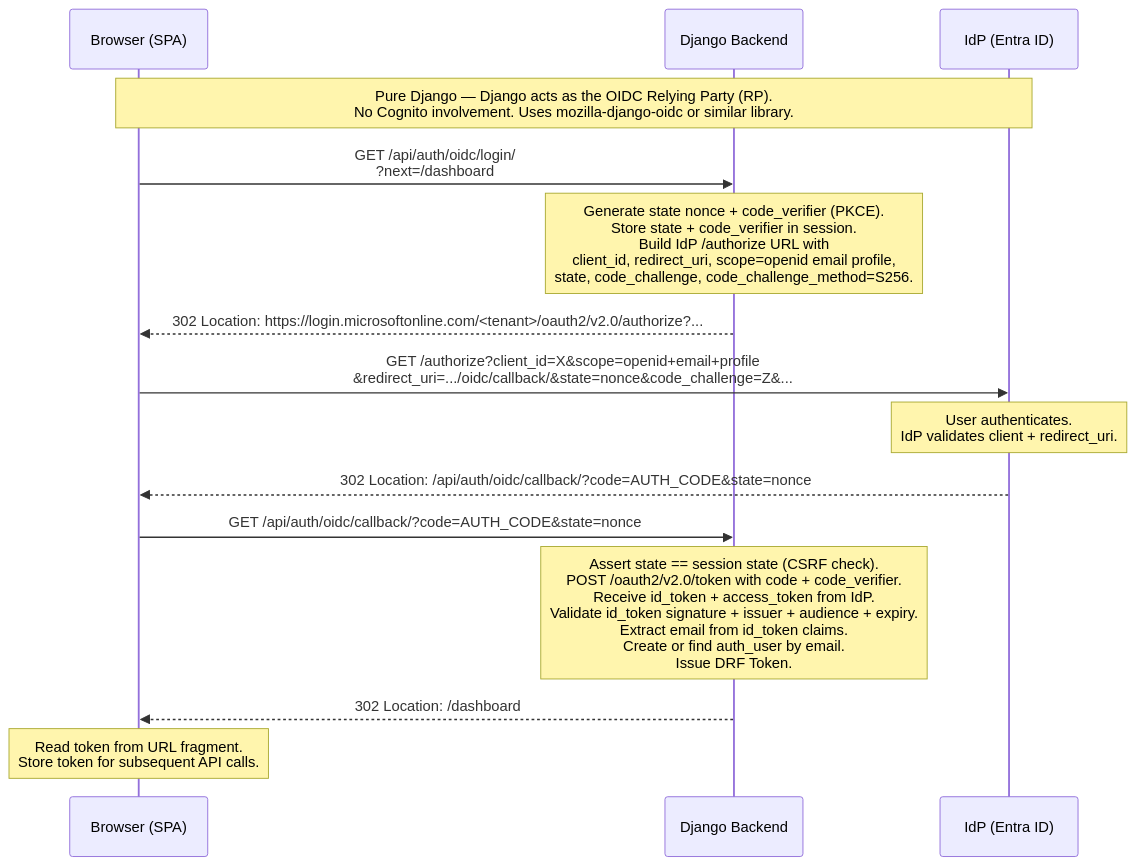
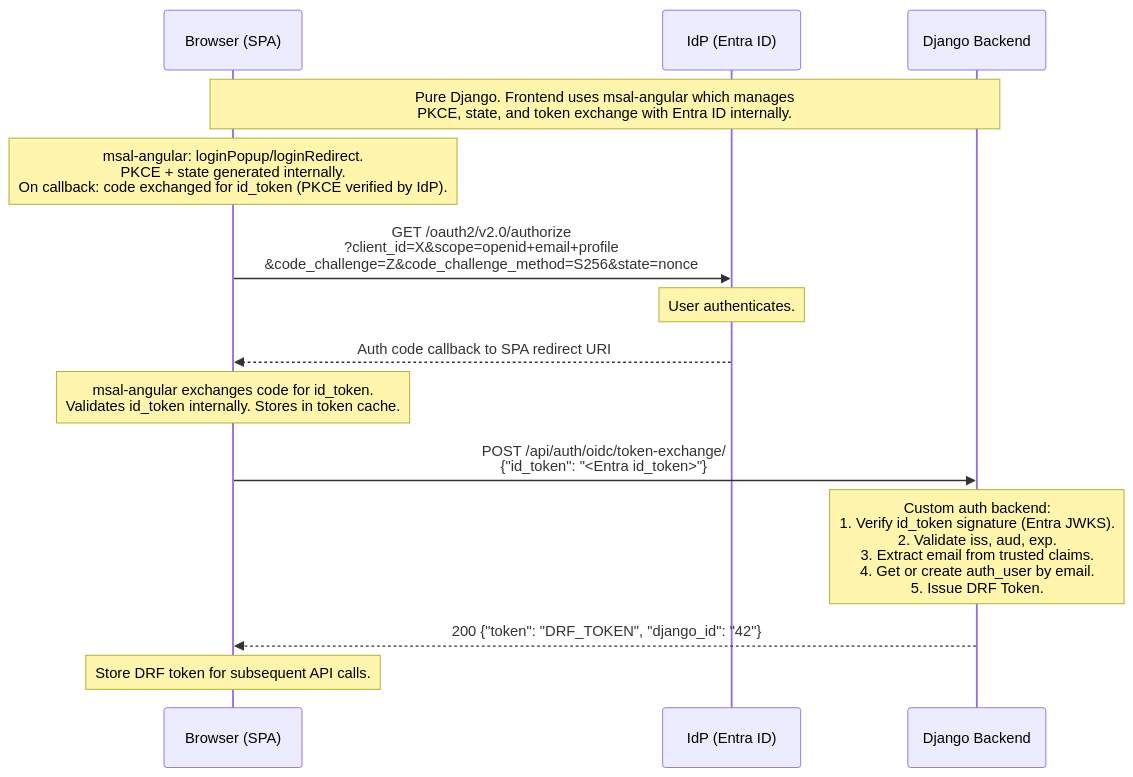
Before and after one commit to KuzichIlya/django_to_congnito_migration: the diagram in docs/diagrams/oidc-01-pure-django.mmd, drawn with Mermaid. The commit also changed 14 other files, not shown here.

```diff
--- a/docs/diagrams/oidc-01-pure-django.mmd
+++ b/docs/diagrams/oidc-01-pure-django.mmd
@@ -1,20 +1,20 @@
 sequenceDiagram
     participant Browser as Browser (SPA)
+    participant IdP as IdP (Entra ID)
     participant Django as Django Backend
-    participant IdP as IdP (Entra ID)
 
-    Note over Browser,IdP: Pure Django — Django acts as the OIDC Relying Party (RP).<br/>No Cognito involvement. Uses mozilla-django-oidc or similar library.
+    Note over Browser,Django: Pure Django. Frontend uses msal-angular which manages<br/>PKCE, state, and token exchange with Entra ID internally.
 
-    Browser->>Django: GET /api/auth/oidc/login/<br/>?next=/dashboard
-    Note over Django: Generate state nonce + code_verifier (PKCE).<br/>Store state + code_verifier in session.<br/>Build IdP /authorize URL with<br/>client_id, redirect_uri, scope=openid email profile,<br/>state, code_challenge, code_challenge_method=S256.
-    Django-->>Browser: 302 Location: https://login.microsoftonline.com/<tenant>/oauth2/v2.0/authorize?...
+    Note over Browser: msal-angular: loginPopup/loginRedirect.<br/>PKCE + state generated internally.<br/>On callback: code exchanged for id_token (PKCE verified by IdP).
 
-    Browser->>IdP: GET /authorize?client_id=X&scope=openid+email+profile<br/>&redirect_uri=.../oidc/callback/&state=nonce&code_challenge=Z&...
-    Note over IdP: User authenticates.<br/>IdP validates client + redirect_uri.
-    IdP-->>Browser: 302 Location: /api/auth/oidc/callback/?code=AUTH_CODE&state=nonce
+    Browser->>IdP: GET /oauth2/v2.0/authorize<br/>?client_id=X&scope=openid+email+profile<br/>&code_challenge=Z&code_challenge_method=S256&state=nonce
+    Note over IdP: User authenticates.
+    IdP-->>Browser: Auth code callback to SPA redirect URI
 
-    Browser->>Django: GET /api/auth/oidc/callback/?code=AUTH_CODE&state=nonce
-    Note over Django: Assert state == session state (CSRF check).<br/>POST /oauth2/v2.0/token with code + code_verifier.<br/>Receive id_token + access_token from IdP.<br/>Validate id_token signature + issuer + audience + expiry.<br/>Extract email from id_token claims.<br/>Create or find auth_user by email.<br/>Issue DRF Token.
-    Django-->>Browser: 302 Location: /dashboard#django_token=TOKEN&email=user@example.com
+    Note over Browser: msal-angular exchanges code for id_token.<br/>Validates id_token internally. Stores in token cache.
 
-    Note over Browser: Read token from URL fragment.<br/>Store token for subsequent API calls.
+    Browser->>Django: POST /api/auth/oidc/token-exchange/<br/>{"id_token": "<Entra id_token>"}
+    Note over Django: Custom auth backend:<br/>1. Verify id_token signature (Entra JWKS).<br/>2. Validate iss, aud, exp.<br/>3. Extract email from trusted claims.<br/>4. Get or create auth_user by email.<br/>5. Issue DRF Token.
+    Django-->>Browser: 200 {"token": "DRF_TOKEN", "django_id": "42"}
+
+    Note over Browser: Store DRF token for subsequent API calls.
```
